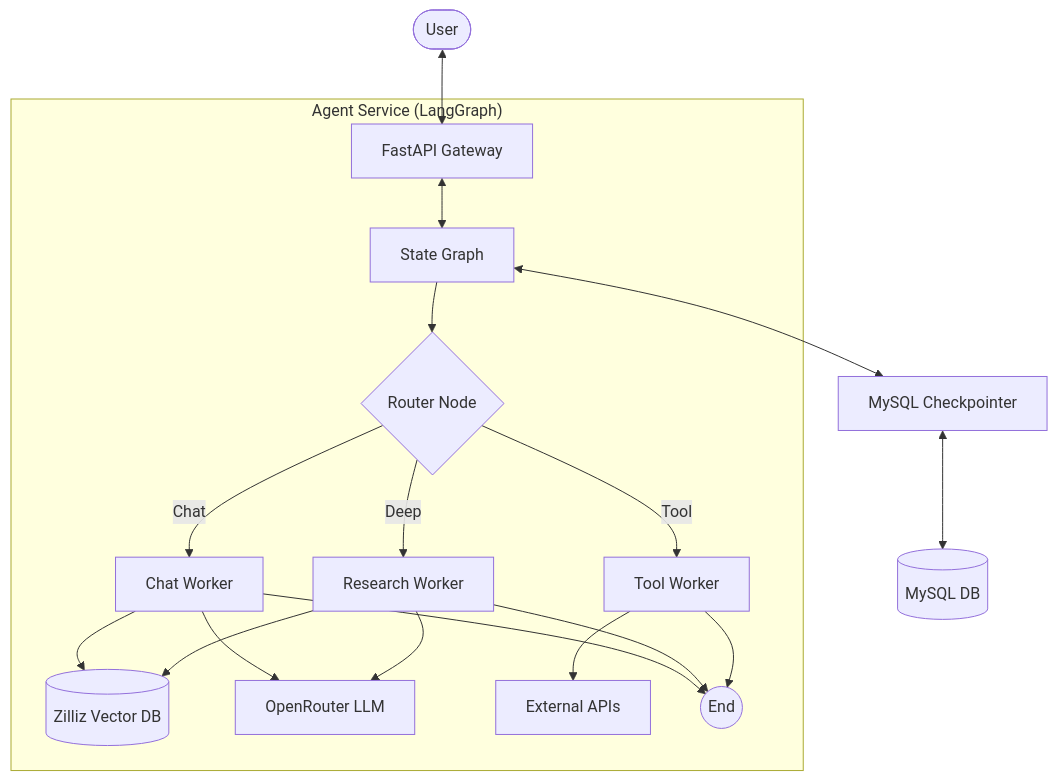
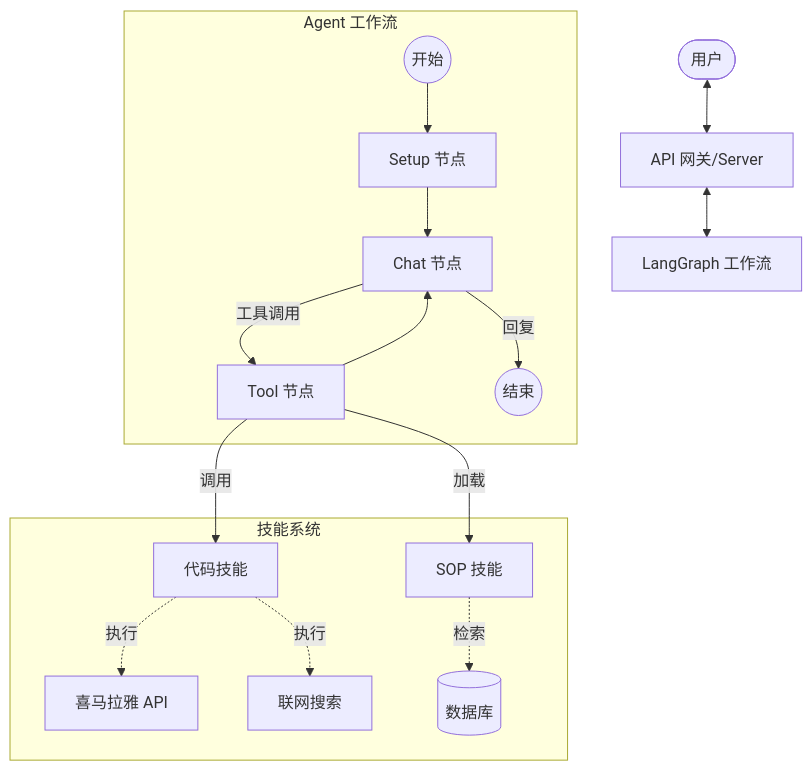
One commit to WayfarerYuan/ip-agents-service changed the diagram in TECHNICAL_DESIGN.md. Above: the diagram before and after it, drawn with Mermaid. The commit also changed other lines of this file and 3 other files, not shown here.

````diff
--- a/TECHNICAL_DESIGN.md
+++ b/TECHNICAL_DESIGN.md
@@ -9,29 +11,24 @@
 ```mermaid
 graph TD
-    User([User]) <--> API[FastAPI Gateway]
+    User([用户]) <--> API[API 网关/Server]
+    API <--> Graph[LangGraph 工作流]
     
-    subgraph "Agent Service (LangGraph)"
-        API <--> Graph[State Graph]
+    subgraph "Agent 工作流"
+        Start((开始)) --> Setup[Setup 节点]
+        Setup --> Chat[Chat 节点]
         
-        Graph --> Router{Router Node}
+        Chat -->|工具调用| Tools[Tool 节点]
+        Tools --> Chat
         
-        Router -->|Chat| ChatWorker[Chat Worker]
-        Router -->|Deep| ResearchWorker[Research Worker]
-        Router -->|Tool| ToolWorker[Tool Worker]
-        
-        ChatWorker --> Zilliz[(Zilliz Vector DB)]
-        ChatWorker --> LLM[OpenRouter LLM]
-        
-        ResearchWorker --> LLM
-        ResearchWorker --> Zilliz
-        
-        ToolWorker --> ExtAPI[External APIs]
-        
-        ChatWorker --> End((End))
-        ResearchWorker --> End
-        ToolWorker --> End
+        Chat -->|回复| End((结束))
     end
     
-    Graph <--> Checkpointer[MySQL Checkpointer]
-    Checkpointer <--> MySQL[(MySQL DB)]
+    subgraph "技能系统"
+        Tools -->|调用| CodeSkills[代码技能]
+        Tools -->|加载| SOPSkills[SOP 技能]
+        
+        CodeSkills -.->|执行| Ximalaya[喜马拉雅 API]
+        CodeSkills -.->|执行| WebSearch[联网搜索]
+        SOPSkills -.->|检索| DB[(数据库)]
+    end
 ```
````
